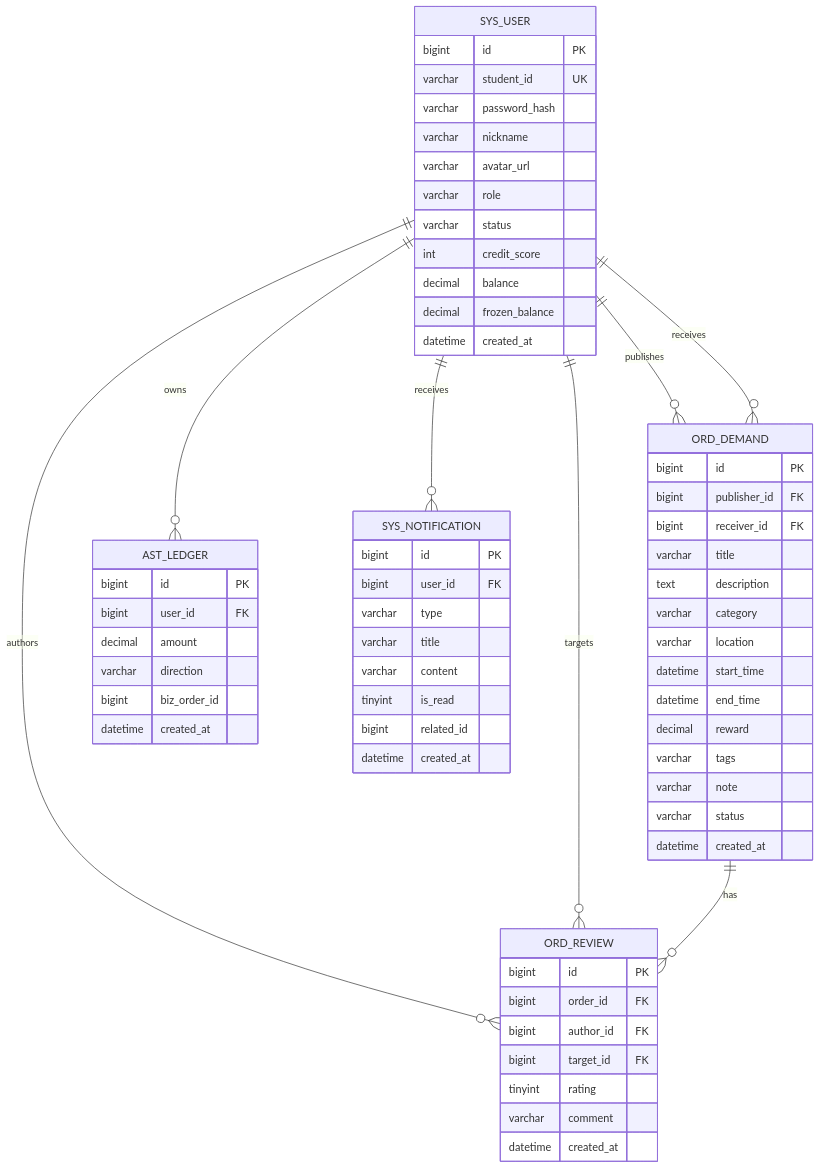
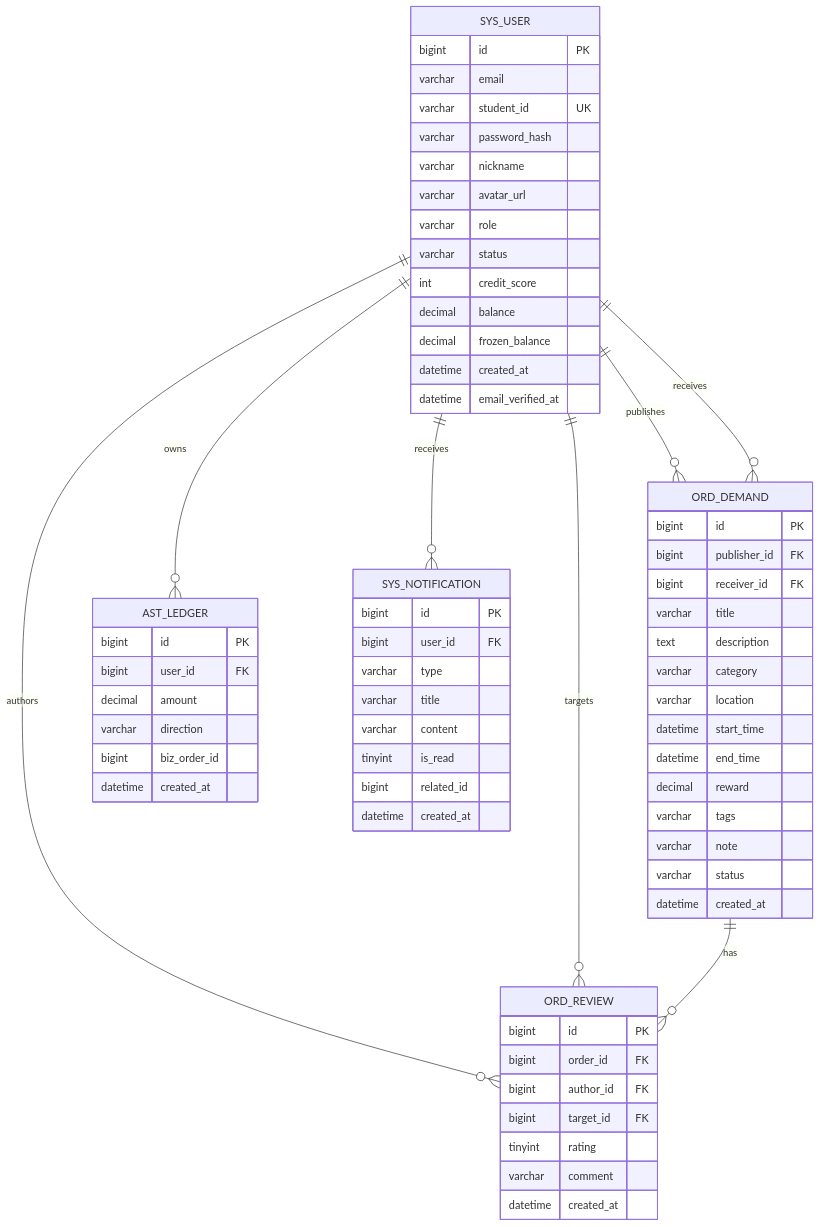
Before and after one commit to wonder37-debug/CampusHub: the second of 2 diagrams in docs/P3/详细设计文档.md, drawn with Mermaid. The commit also changed other lines of this file and 3 other files, not shown here.

````diff
--- a/docs/P3/详细设计文档.md
+++ b/docs/P3/详细设计文档.md
@@ -617,71 +625,73 @@
 ```mermaid
 erDiagram
 	SYS_USER ||--o{ ORD_DEMAND : publishes
 	SYS_USER ||--o{ ORD_DEMAND : receives
 	SYS_USER ||--o{ ORD_REVIEW : authors
 	SYS_USER ||--o{ ORD_REVIEW : targets
 	SYS_USER ||--o{ AST_LEDGER : owns
 	SYS_USER ||--o{ SYS_NOTIFICATION : receives
 	ORD_DEMAND ||--o{ ORD_REVIEW : has
 
 	SYS_USER {
 		bigint id PK
+		varchar email
 		varchar student_id UK
 		varchar password_hash
 		varchar nickname
 		varchar avatar_url
 		varchar role
 		varchar status
 		int credit_score
 		decimal balance
 		decimal frozen_balance
 		datetime created_at
+		datetime email_verified_at
 	}
 
 	ORD_DEMAND {
 		bigint id PK
 		bigint publisher_id FK
 		bigint receiver_id FK
 		varchar title
 		text description
 		varchar category
 		varchar location
 		datetime start_time
 		datetime end_time
 		decimal reward
 		varchar tags
 		varchar note
 		varchar status
 		datetime created_at
 	}
 
 	ORD_REVIEW {
 		bigint id PK
 		bigint order_id FK
 		bigint author_id FK
 		bigint target_id FK
 		tinyint rating
 		varchar comment
 		datetime created_at
 	}
 
 	AST_LEDGER {
 		bigint id PK
 		bigint user_id FK
 		decimal amount
 		varchar direction
 		bigint biz_order_id
 		datetime created_at
 	}
 
 	SYS_NOTIFICATION {
 		bigint id PK
 		bigint user_id FK
 		varchar type
 		varchar title
 		varchar content
 		tinyint is_read
 		bigint related_id
 		datetime created_at
 	}
 ```
````
